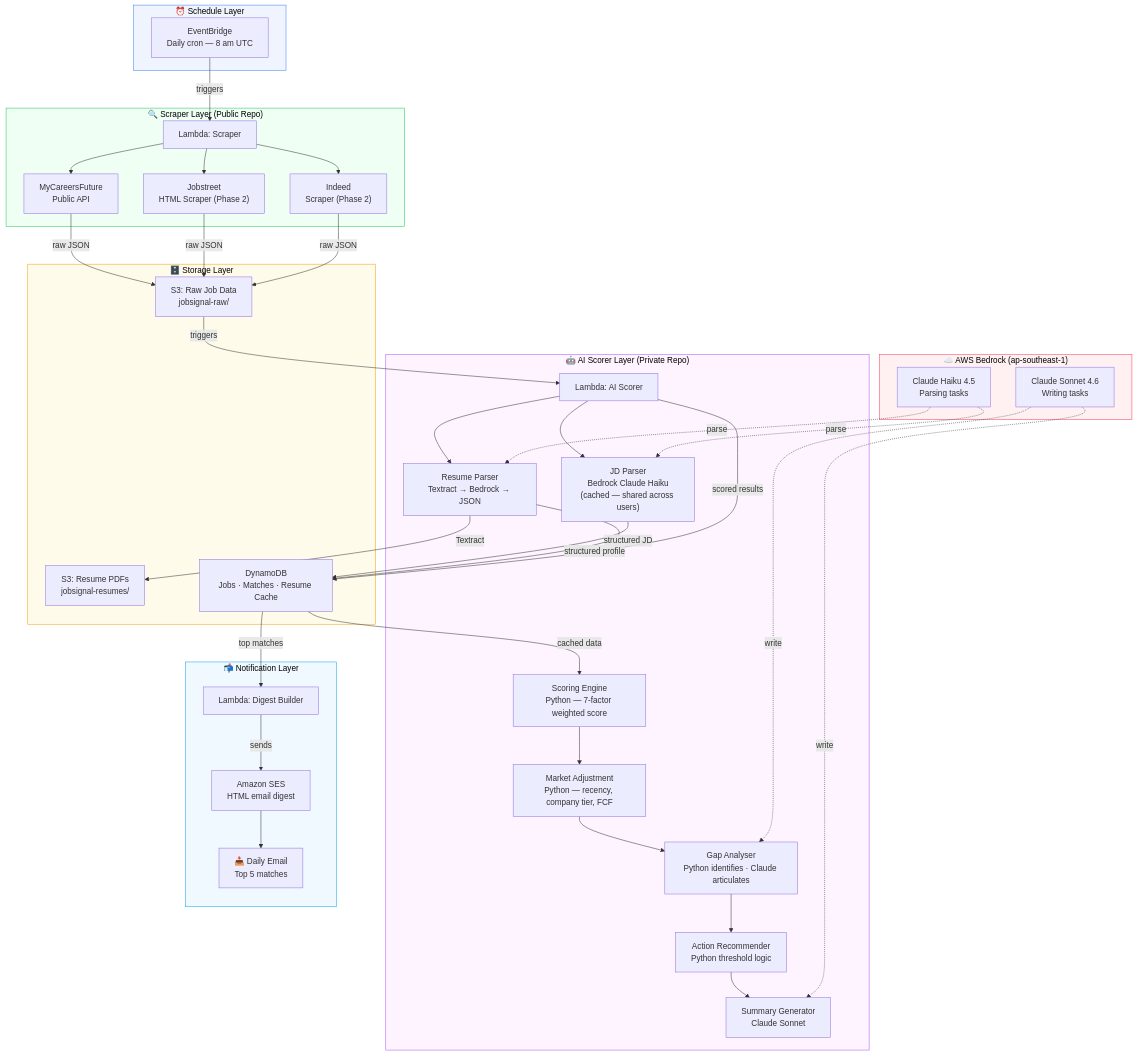
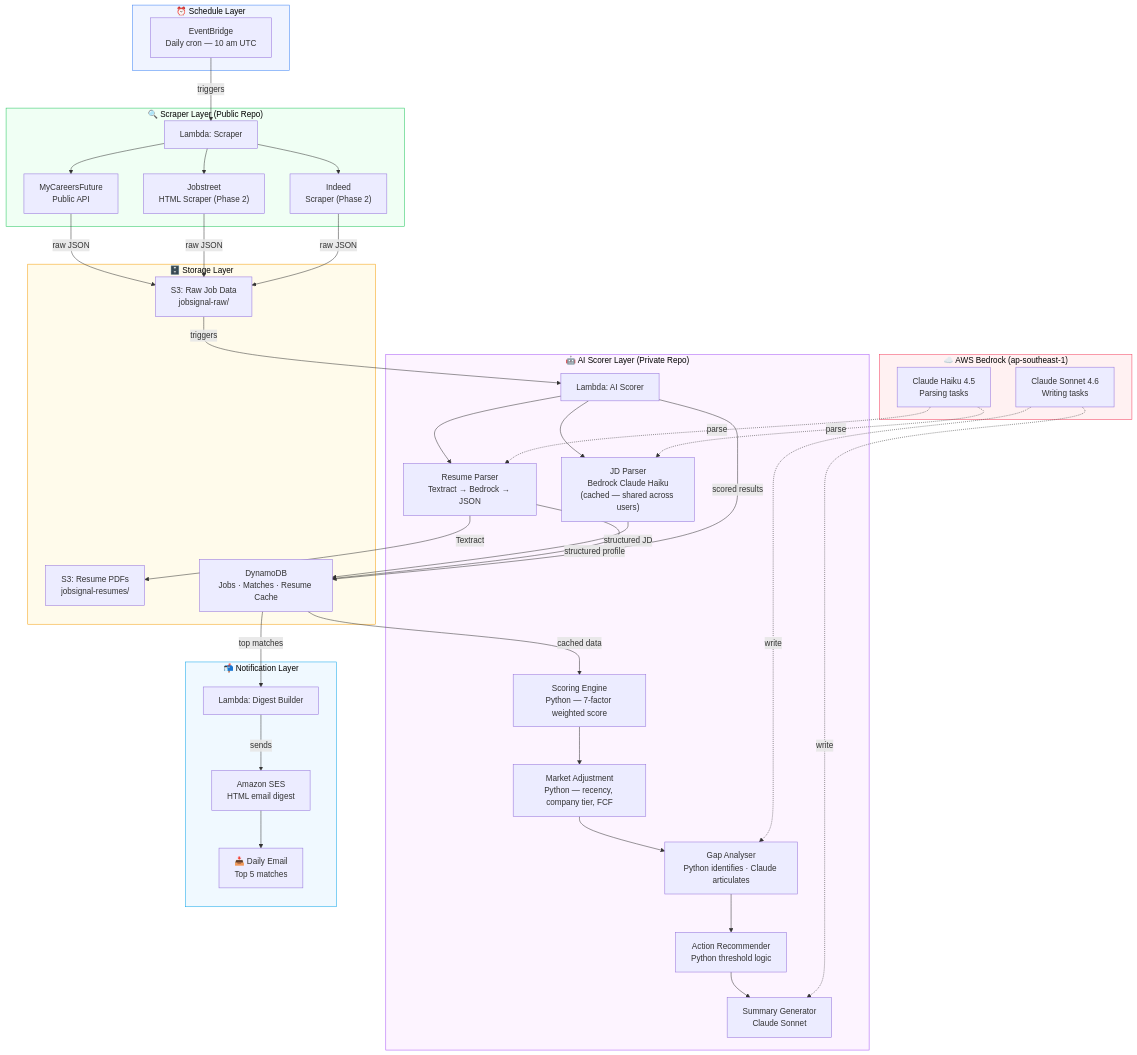
Before and after one commit to junhan87/job-signal-core: the first of 2 diagrams in docs/ARCHITECTURE.md, drawn with Mermaid. The commit also changed other lines of this file and 9 other files, not shown here.

First line of the commit message:
Refactor scraper application and update architecture documentation

````diff
--- a/docs/ARCHITECTURE.md
+++ b/docs/ARCHITECTURE.md
@@ -54,65 +54,65 @@
 ```mermaid
 flowchart TD
     subgraph Trigger["⏰ Schedule Layer"]
-        EB["EventBridge<br>Daily cron — 8 am UTC"]
+        EB["EventBridge<br>Daily cron — 10 am UTC"]
     end
 
     subgraph Scraper["🔍 Scraper Layer (Public Repo)"]
         LS["Lambda: Scraper"]
         MCF["MyCareersFuture<br>Public API"]
         JS["Jobstreet<br>HTML Scraper (Phase 2)"]
         IN["Indeed<br>Scraper (Phase 2)"]
     end
 
     subgraph Storage["🗄️ Storage Layer"]
         S3R["S3: Raw Job Data<br>jobsignal-raw/"]
         S3P["S3: Resume PDFs<br>jobsignal-resumes/"]
         DDB["DynamoDB<br>Jobs · Matches · Resume Cache"]
     end
 
     subgraph Scorer["🤖 AI Scorer Layer (Private Repo)"]
         LA["Lambda: AI Scorer"]
         RP["Resume Parser<br>Textract → Bedrock → JSON"]
         JP["JD Parser<br>Bedrock Claude Haiku<br>(cached — shared across users)"]
         SE["Scoring Engine<br>Python — 7-factor weighted score"]
         MA["Market Adjustment<br>Python — recency, company tier, FCF"]
         GA["Gap Analyser<br>Python identifies · Claude articulates"]
         AR["Action Recommender<br>Python threshold logic"]
         SG["Summary Generator<br>Claude Sonnet"]
     end
 
     subgraph LLM["☁️ AWS Bedrock (ap-southeast-1)"]
         CH["Claude Haiku 4.5<br>Parsing tasks"]
         CS["Claude Sonnet 4.6<br>Writing tasks"]
     end
 
     subgraph Notify["📬 Notification Layer"]
         LB["Lambda: Digest Builder"]
         SES["Amazon SES<br>HTML email digest"]
         USER["📥 Daily Email<br>Top 5 matches"]
     end
 
     EB -->|triggers| LS
     LS --> MCF & JS & IN
     MCF & JS & IN -->|raw JSON| S3R
     S3R -->|triggers| LA
     LA --> RP & JP
     RP -->|Textract| S3P
     JP -->|structured JD| DDB
     RP -->|structured profile| DDB
     DDB -->|cached data| SE
     SE --> MA --> GA --> AR --> SG
     LA -->|scored results| DDB
     CH -.->|parse| JP & RP
     CS -.->|write| GA & SG
     DDB -->|top matches| LB
     LB -->|sends| SES
     SES --> USER
 
     style Trigger fill:#f0f4ff,stroke:#3b82f6,color:#000000
     style Scraper fill:#f0fff4,stroke:#22c55e,color:#000000
     style Storage fill:#fffbeb,stroke:#f59e0b,color:#000000
     style Scorer fill:#fdf4ff,stroke:#a855f7,color:#000000
     style LLM fill:#fff1f2,stroke:#f43f5e,color:#000000
     style Notify fill:#f0f9ff,stroke:#0ea5e9,color:#000000
 ```
````
